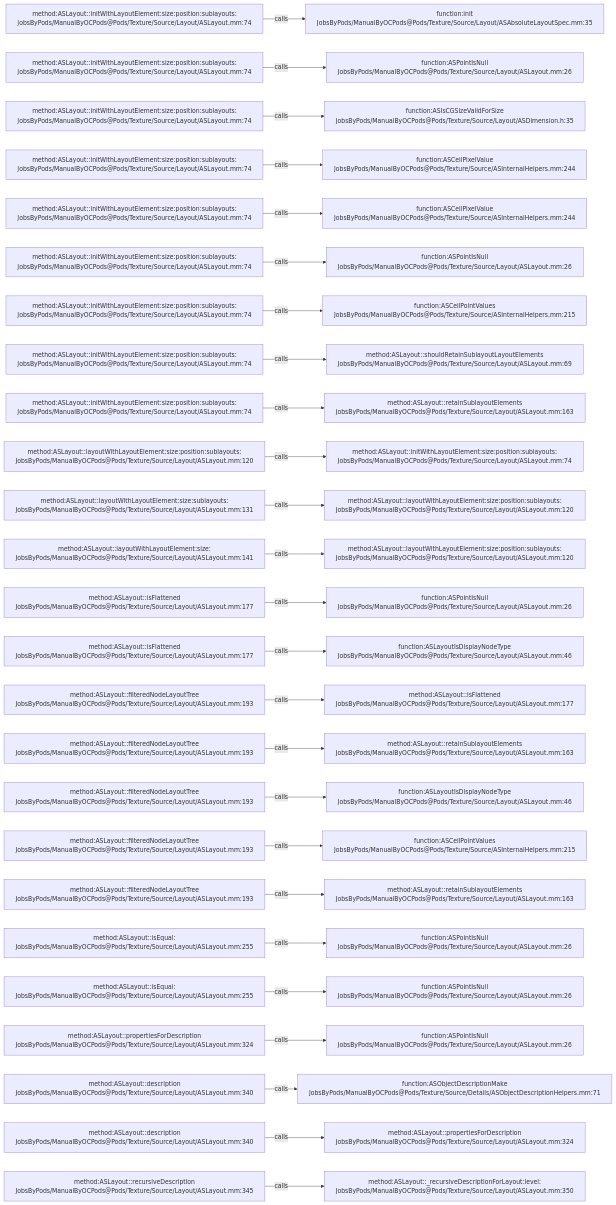
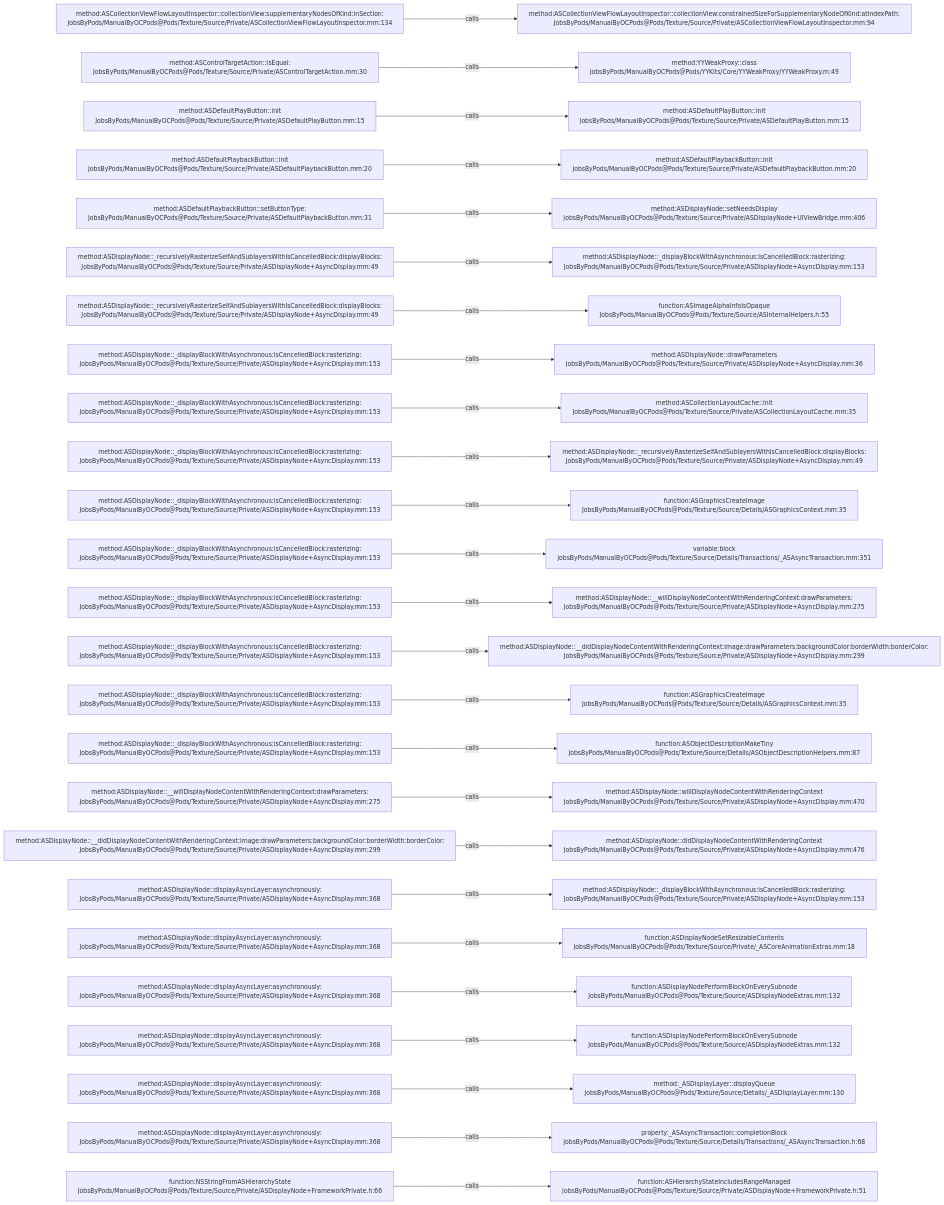
Before and after one commit to JobsKits/JobsOCBaseConfigDemo: the diagram in .codegraph/codegraph.md/graphs/calls-170.md, drawn with Mermaid. The commit also changed 2723 other files, not shown here.

````diff
--- a/.codegraph/codegraph.md/graphs/calls-170.md
+++ b/.codegraph/codegraph.md/graphs/calls-170.md
@@ -13,78 +13,78 @@
 ```mermaid
 flowchart LR
-  S1["method:ASLayout::initWithLayoutElement:size:position:sublayouts:<br/>JobsByPods/ManualByOCPods@Pods/Texture/Source/Layout/ASLayout.mm:74"]
-  T1["function:init<br/>JobsByPods/ManualByOCPods@Pods/Texture/Source/Layout/ASAbsoluteLayoutSpec.mm:35"]
+  S1["method:ASCollectionViewFlowLayoutInspector::collectionView:supplementaryNodesOfKind:inSection:<br/>JobsByPods/ManualByOCPods@Pods/Texture/Source/Private/ASCollectionViewFlowLayoutInspector.mm:134"]
+  T1["method:ASCollectionViewFlowLayoutInspector::collectionView:constrainedSizeForSupplementaryNodeOfKind:atIndexPath:<br/>JobsByPods/ManualByOCPods@Pods/Texture/Source/Private/ASCollectionViewFlowLayoutInspector.mm:94"]
   S1 -->|calls| T1
-  S2["method:ASLayout::initWithLayoutElement:size:position:sublayouts:<br/>JobsByPods/ManualByOCPods@Pods/Texture/Source/Layout/ASLayout.mm:74"]
-  T2["function:ASPointIsNull<br/>JobsByPods/ManualByOCPods@Pods/Texture/Source/Layout/ASLayout.mm:26"]
+  S2["method:ASControlTargetAction::isEqual:<br/>JobsByPods/ManualByOCPods@Pods/Texture/Source/Private/ASControlTargetAction.mm:30"]
+  T2["method:YYWeakProxy::class<br/>JobsByPods/ManualByOCPods@Pods/YYKits/Core/YYWeakProxy/YYWeakProxy.m:49"]
   S2 -->|calls| T2
-  S3["method:ASLayout::initWithLayoutElement:size:position:sublayouts:<br/>JobsByPods/ManualByOCPods@Pods/Texture/Source/Layout/ASLayout.mm:74"]
-  T3["function:ASIsCGSizeValidForSize<br/>JobsByPods/ManualByOCPods@Pods/Texture/Source/Layout/ASDimension.h:35"]
+  S3["method:ASDefaultPlayButton::init<br/>JobsByPods/ManualByOCPods@Pods/Texture/Source/Private/ASDefaultPlayButton.mm:15"]
+  T3["method:ASDefaultPlayButton::init<br/>JobsByPods/ManualByOCPods@Pods/Texture/Source/Private/ASDefaultPlayButton.mm:15"]
   S3 -->|calls| T3
-  S4["method:ASLayout::initWithLayoutElement:size:position:sublayouts:<br/>JobsByPods/ManualByOCPods@Pods/Texture/Source/Layout/ASLayout.mm:74"]
-  T4["function:ASCeilPixelValue<br/>JobsByPods/ManualByOCPods@Pods/Texture/Source/ASInternalHelpers.mm:244"]
+  S4["method:ASDefaultPlaybackButton::init<br/>JobsByPods/ManualByOCPods@Pods/Texture/Source/Private/ASDefaultPlaybackButton.mm:20"]
+  T4["method:ASDefaultPlaybackButton::init<br/>JobsByPods/ManualByOCPods@Pods/Texture/Source/Private/ASDefaultPlaybackButton.mm:20"]
   S4 -->|calls| T4
-  S5["method:ASLayout::initWithLayoutElement:size:position:sublayouts:<br/>JobsByPods/ManualByOCPods@Pods/Texture/Source/Layout/ASLayout.mm:74"]
-  T5["function:ASCeilPixelValue<br/>JobsByPods/ManualByOCPods@Pods/Texture/Source/ASInternalHelpers.mm:244"]
+  S5["method:ASDefaultPlaybackButton::setButtonType:<br/>JobsByPods/ManualByOCPods@Pods/Texture/Source/Private/ASDefaultPlaybackButton.mm:31"]
+  T5["method:ASDisplayNode::setNeedsDisplay<br/>JobsByPods/ManualByOCPods@Pods/Texture/Source/Private/ASDisplayNode+UIViewBridge.mm:406"]
   S5 -->|calls| T5
-  S6["method:ASLayout::initWithLayoutElement:size:position:sublayouts:<br/>JobsByPods/ManualByOCPods@Pods/Texture/Source/Layout/ASLayout.mm:74"]
-  T6["function:ASPointIsNull<br/>JobsByPods/ManualByOCPods@Pods/Texture/Source/Layout/ASLayout.mm:26"]
+  S6["method:ASDisplayNode::_recursivelyRasterizeSelfAndSublayersWithIsCancelledBlock:displayBlocks:<br/>JobsByPods/ManualByOCPods@Pods/Texture/Source/Private/ASDisplayNode+AsyncDisplay.mm:49"]
+  T6["method:ASDisplayNode::_displayBlockWithAsynchronous:isCancelledBlock:rasterizing:<br/>JobsByPods/ManualByOCPods@Pods/Texture/Source/Private/ASDisplayNode+AsyncDisplay.mm:153"]
   S6 -->|calls| T6
-  S7["method:ASLayout::initWithLayoutElement:size:position:sublayouts:<br/>JobsByPods/ManualByOCPods@Pods/Texture/Source/Layout/ASLayout.mm:74"]
-  T7["function:ASCeilPointValues<br/>JobsByPods/ManualByOCPods@Pods/Texture/Source/ASInternalHelpers.mm:215"]
+  S7["method:ASDisplayNode::_recursivelyRasterizeSelfAndSublayersWithIsCancelledBlock:displayBlocks:<br/>JobsByPods/ManualByOCPods@Pods/Texture/Source/Private/ASDisplayNode+AsyncDisplay.mm:49"]
+  T7["function:ASImageAlphaInfoIsOpaque<br/>JobsByPods/ManualByOCPods@Pods/Texture/Source/ASInternalHelpers.h:55"]
   S7 -->|calls| T7
-  S8["method:ASLayout::initWithLayoutElement:size:position:sublayouts:<br/>JobsByPods/ManualByOCPods@Pods/Texture/Source/Layout/ASLayout.mm:74"]
-  T8["method:ASLayout::shouldRetainSublayoutLayoutElements<br/>JobsByPods/ManualByOCPods@Pods/Texture/Source/Layout/ASLayout.mm:69"]
+  S8["method:ASDisplayNode::_displayBlockWithAsynchronous:isCancelledBlock:rasterizing:<br/>JobsByPods/ManualByOCPods@Pods/Texture/Source/Private/ASDisplayNode+AsyncDisplay.mm:153"]
+  T8["method:ASDisplayNode::drawParameters<br/>JobsByPods/ManualByOCPods@Pods/Texture/Source/Private/ASDisplayNode+AsyncDisplay.mm:36"]
   S8 -->|calls| T8
-  S9["method:ASLayout::initWithLayoutElement:size:position:sublayouts:<br/>JobsByPods/ManualByOCPods@Pods/Texture/Source/Layout/ASLayout.mm:74"]
-  T9["method:ASLayout::retainSublayoutElements<br/>JobsByPods/ManualByOCPods@Pods/Texture/Source/Layout/ASLayout.mm:163"]
+  S9["method:ASDisplayNode::_displayBlockWithAsynchronous:isCancelledBlock:rasterizing:<br/>JobsByPods/ManualByOCPods@Pods/Texture/Source/Private/ASDisplayNode+AsyncDisplay.mm:153"]
+  T9["method:ASCollectionLayoutCache::init<br/>JobsByPods/ManualByOCPods@Pods/Texture/Source/Private/ASCollectionLayoutCache.mm:35"]
   S9 -->|calls| T9
-  S10["method:ASLayout::layoutWithLayoutElement:size:position:sublayouts:<br/>JobsByPods/ManualByOCPods@Pods/Texture/Source/Layout/ASLayout.mm:120"]
-  T10["method:ASLayout::initWithLayoutElement:size:position:sublayouts:<br/>JobsByPods/ManualByOCPods@Pods/Texture/Source/Layout/ASLayout.mm:74"]
+  S10["method:ASDisplayNode::_displayBlockWithAsynchronous:isCancelledBlock:rasterizing:<br/>JobsByPods/ManualByOCPods@Pods/Texture/Source/Private/ASDisplayNode+AsyncDisplay.mm:153"]
+  T10["method:ASDisplayNode::_recursivelyRasterizeSelfAndSublayersWithIsCancelledBlock:displayBlocks:<br/>JobsByPods/ManualByOCPods@Pods/Texture/Source/Private/ASDisplayNode+AsyncDisplay.mm:49"]
   S10 -->|calls| T10
-  S11["method:ASLayout::layoutWithLayoutElement:size:sublayouts:<br/>JobsByPods/ManualByOCPods@Pods/Texture/Source/Layout/ASLayout.mm:131"]
-  T11["method:ASLayout::layoutWithLayoutElement:size:position:sublayouts:<br/>JobsByPods/ManualByOCPods@Pods/Texture/Source/Layout/ASLayout.mm:120"]
+  S11["method:ASDisplayNode::_displayBlockWithAsynchronous:isCancelledBlock:rasterizing:<br/>JobsByPods/ManualByOCPods@Pods/Texture/Source/Private/ASDisplayNode+AsyncDisplay.mm:153"]
+  T11["function:ASGraphicsCreateImage<br/>JobsByPods/ManualByOCPods@Pods/Texture/Source/Details/ASGraphicsContext.mm:35"]
   S11 -->|calls| T11
-  S12["method:ASLayout::layoutWithLayoutElement:size:<br/>JobsByPods/ManualByOCPods@Pods/Texture/Source/Layout/ASLayout.mm:141"]
-  T12["method:ASLayout::layoutWithLayoutElement:size:position:sublayouts:<br/>JobsByPods/ManualByOCPods@Pods/Texture/Source/Layout/ASLayout.mm:120"]
+  S12["method:ASDisplayNode::_displayBlockWithAsynchronous:isCancelledBlock:rasterizing:<br/>JobsByPods/ManualByOCPods@Pods/Texture/Source/Private/ASDisplayNode+AsyncDisplay.mm:153"]
+  T12["variable:block<br/>JobsByPods/ManualByOCPods@Pods/Texture/Source/Details/Transactions/_ASAsyncTransaction.mm:351"]
   S12 -->|calls| T12
-  S13["method:ASLayout::isFlattened<br/>JobsByPods/ManualByOCPods@Pods/Texture/Source/Layout/ASLayout.mm:177"]
-  T13["function:ASPointIsNull<br/>JobsByPods/ManualByOCPods@Pods/Texture/Source/Layout/ASLayout.mm:26"]
+  S13["method:ASDisplayNode::_displayBlockWithAsynchronous:isCancelledBlock:rasterizing:<br/>JobsByPods/ManualByOCPods@Pods/Texture/Source/Private/ASDisplayNode+AsyncDisplay.mm:153"]
+  T13["method:ASDisplayNode::__willDisplayNodeContentWithRenderingContext:drawParameters:<br/>JobsByPods/ManualByOCPods@Pods/Texture/Source/Private/ASDisplayNode+AsyncDisplay.mm:275"]
   S13 -->|calls| T13
-  S14["method:ASLayout::isFlattened<br/>JobsByPods/ManualByOCPods@Pods/Texture/Source/Layout/ASLayout.mm:177"]
-  T14["function:ASLayoutIsDisplayNodeType<br/>JobsByPods/ManualByOCPods@Pods/Texture/Source/Layout/ASLayout.mm:46"]
+  S14["method:ASDisplayNode::_displayBlockWithAsynchronous:isCancelledBlock:rasterizing:<br/>JobsByPods/ManualByOCPods@Pods/Texture/Source/Private/ASDisplayNode+AsyncDisplay.mm:153"]
+  T14["method:ASDisplayNode::__didDisplayNodeContentWithRenderingContext:image:drawParameters:backgroundColor:borderWidth:borderColor:<br/>JobsByPods/ManualByOCPods@Pods/Texture/Source/Private/ASDisplayNode+AsyncDisplay.mm:299"]
   S14 -->|calls| T14
-  S15["method:ASLayout::filteredNodeLayoutTree<br/>JobsByPods/ManualByOCPods@Pods/Texture/Source/Layout/ASLayout.mm:193"]
-  T15["method:ASLayout::isFlattened<br/>JobsByPods/ManualByOCPods@Pods/Texture/Source/Layout/ASLayout.mm:177"]
+  S15["method:ASDisplayNode::_displayBlockWithAsynchronous:isCancelledBlock:rasterizing:<br/>JobsByPods/ManualByOCPods@Pods/Texture/Source/Private/ASDisplayNode+AsyncDisplay.mm:153"]
+  T15["function:ASGraphicsCreateImage<br/>JobsByPods/ManualByOCPods@Pods/Texture/Source/Details/ASGraphicsContext.mm:35"]
   S15 -->|calls| T15
-  S16["method:ASLayout::filteredNodeLayoutTree<br/>JobsByPods/ManualByOCPods@Pods/Texture/Source/Layout/ASLayout.mm:193"]
-  T16["method:ASLayout::retainSublayoutElements<br/>JobsByPods/ManualByOCPods@Pods/Texture/Source/Layout/ASLayout.mm:163"]
+  S16["method:ASDisplayNode::_displayBlockWithAsynchronous:isCancelledBlock:rasterizing:<br/>JobsByPods/ManualByOCPods@Pods/Texture/Source/Private/ASDisplayNode+AsyncDisplay.mm:153"]
+  T16["function:ASObjectDescriptionMakeTiny<br/>JobsByPods/ManualByOCPods@Pods/Texture/Source/Details/ASObjectDescriptionHelpers.mm:87"]
   S16 -->|calls| T16
-  S17["method:ASLayout::filteredNodeLayoutTree<br/>JobsByPods/ManualByOCPods@Pods/Texture/Source/Layout/ASLayout.mm:193"]
-  T17["function:ASLayoutIsDisplayNodeType<br/>JobsByPods/ManualByOCPods@Pods/Texture/Source/Layout/ASLayout.mm:46"]
+  S17["method:ASDisplayNode::__willDisplayNodeContentWithRenderingContext:drawParameters:<br/>JobsByPods/ManualByOCPods@Pods/Texture/Source/Private/ASDisplayNode+AsyncDisplay.mm:275"]
+  T17["method:ASDisplayNode::willDisplayNodeContentWithRenderingContext<br/>JobsByPods/ManualByOCPods@Pods/Texture/Source/Private/ASDisplayNode+AsyncDisplay.mm:470"]
   S17 -->|calls| T17
-  S18["method:ASLayout::filteredNodeLayoutTree<br/>JobsByPods/ManualByOCPods@Pods/Texture/Source/Layout/ASLayout.mm:193"]
-  T18["function:ASCeilPointValues<br/>JobsByPods/ManualByOCPods@Pods/Texture/Source/ASInternalHelpers.mm:215"]
+  S18["method:ASDisplayNode::__didDisplayNodeContentWithRenderingContext:image:drawParameters:backgroundColor:borderWidth:borderColor:<br/>JobsByPods/ManualByOCPods@Pods/Texture/Source/Private/ASDisplayNode+AsyncDisplay.mm:299"]
+  T18["method:ASDisplayNode::didDisplayNodeContentWithRenderingContext<br/>JobsByPods/ManualByOCPods@Pods/Texture/Source/Private/ASDisplayNode+AsyncDisplay.mm:476"]
   S18 -->|calls| T18
-  S19["method:ASLayout::filteredNodeLayoutTree<br/>JobsByPods/ManualByOCPods@Pods/Texture/Source/Layout/ASLayout.mm:193"]
-  T19["method:ASLayout::retainSublayoutElements<br/>JobsByPods/ManualByOCPods@Pods/Texture/Source/Layout/ASLayout.mm:163"]
+  S19["method:ASDisplayNode::displayAsyncLayer:asynchronously:<br/>JobsByPods/ManualByOCPods@Pods/Texture/Source/Private/ASDisplayNode+AsyncDisplay.mm:368"]
+  T19["method:ASDisplayNode::_displayBlockWithAsynchronous:isCancelledBlock:rasterizing:<br/>JobsByPods/ManualByOCPods@Pods/Texture/Source/Private/ASDisplayNode+AsyncDisplay.mm:153"]
   S19 -->|calls| T19
-  S20["method:ASLayout::isEqual:<br/>JobsByPods/ManualByOCPods@Pods/Texture/Source/Layout/ASLayout.mm:255"]
-  T20["function:ASPointIsNull<br/>JobsByPods/ManualByOCPods@Pods/Texture/Source/Layout/ASLayout.mm:26"]
+  S20["method:ASDisplayNode::displayAsyncLayer:asynchronously:<br/>JobsByPods/ManualByOCPods@Pods/Texture/Source/Private/ASDisplayNode+AsyncDisplay.mm:368"]
+  T20["function:ASDisplayNodeSetResizableContents<br/>JobsByPods/ManualByOCPods@Pods/Texture/Source/Private/_ASCoreAnimationExtras.mm:18"]
   S20 -->|calls| T20
-  S21["method:ASLayout::isEqual:<br/>JobsByPods/ManualByOCPods@Pods/Texture/Source/Layout/ASLayout.mm:255"]
-  T21["function:ASPointIsNull<br/>JobsByPods/ManualByOCPods@Pods/Texture/Source/Layout/ASLayout.mm:26"]
+  S21["method:ASDisplayNode::displayAsyncLayer:asynchronously:<br/>JobsByPods/ManualByOCPods@Pods/Texture/Source/Private/ASDisplayNode+AsyncDisplay.mm:368"]
+  T21["function:ASDisplayNodePerformBlockOnEverySubnode<br/>JobsByPods/ManualByOCPods@Pods/Texture/Source/ASDisplayNodeExtras.mm:132"]
   S21 -->|calls| T21
-  S22["method:ASLayout::propertiesForDescription<br/>JobsByPods/ManualByOCPods@Pods/Texture/Source/Layout/ASLayout.mm:324"]
-  T22["function:ASPointIsNull<br/>JobsByPods/ManualByOCPods@Pods/Texture/Source/Layout/ASLayout.mm:26"]
+  S22["method:ASDisplayNode::displayAsyncLayer:asynchronously:<br/>JobsByPods/ManualByOCPods@Pods/Texture/Source/Private/ASDisplayNode+AsyncDisplay.mm:368"]
+  T22["function:ASDisplayNodePerformBlockOnEverySubnode<br/>JobsByPods/ManualByOCPods@Pods/Texture/Source/ASDisplayNodeExtras.mm:132"]
   S22 -->|calls| T22
-  S23["method:ASLayout::description<br/>JobsByPods/ManualByOCPods@Pods/Texture/Source/Layout/ASLayout.mm:340"]
-  T23["function:ASObjectDescriptionMake<br/>JobsByPods/ManualByOCPods@Pods/Texture/Source/Details/ASObjectDescriptionHelpers.mm:71"]
+  S23["method:ASDisplayNode::displayAsyncLayer:asynchronously:<br/>JobsByPods/ManualByOCPods@Pods/Texture/Source/Private/ASDisplayNode+AsyncDisplay.mm:368"]
+  T23["method:_ASDisplayLayer::displayQueue<br/>JobsByPods/ManualByOCPods@Pods/Texture/Source/Details/_ASDisplayLayer.mm:130"]
   S23 -->|calls| T23
-  S24["method:ASLayout::description<br/>JobsByPods/ManualByOCPods@Pods/Texture/Source/Layout/ASLayout.mm:340"]
-  T24["method:ASLayout::propertiesForDescription<br/>JobsByPods/ManualByOCPods@Pods/Texture/Source/Layout/ASLayout.mm:324"]
+  S24["method:ASDisplayNode::displayAsyncLayer:asynchronously:<br/>JobsByPods/ManualByOCPods@Pods/Texture/Source/Private/ASDisplayNode+AsyncDisplay.mm:368"]
+  T24["property:_ASAsyncTransaction::completionBlock<br/>JobsByPods/ManualByOCPods@Pods/Texture/Source/Details/Transactions/_ASAsyncTransaction.h:68"]
   S24 -->|calls| T24
-  S25["method:ASLayout::recursiveDescription<br/>JobsByPods/ManualByOCPods@Pods/Texture/Source/Layout/ASLayout.mm:345"]
-  T25["method:ASLayout::_recursiveDescriptionForLayout:level:<br/>JobsByPods/ManualByOCPods@Pods/Texture/Source/Layout/ASLayout.mm:350"]
+  S25["function:NSStringFromASHierarchyState<br/>JobsByPods/ManualByOCPods@Pods/Texture/Source/Private/ASDisplayNode+FrameworkPrivate.h:66"]
+  T25["function:ASHierarchyStateIncludesRangeManaged<br/>JobsByPods/ManualByOCPods@Pods/Texture/Source/Private/ASDisplayNode+FrameworkPrivate.h:51"]
   S25 -->|calls| T25
 ```
````
